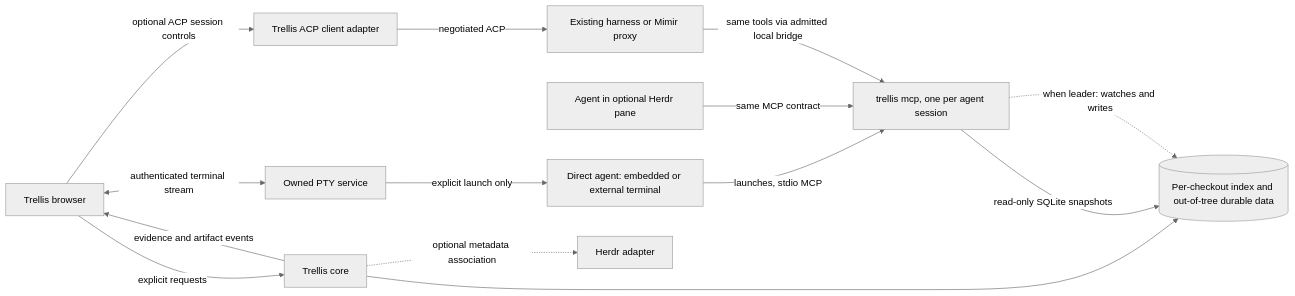
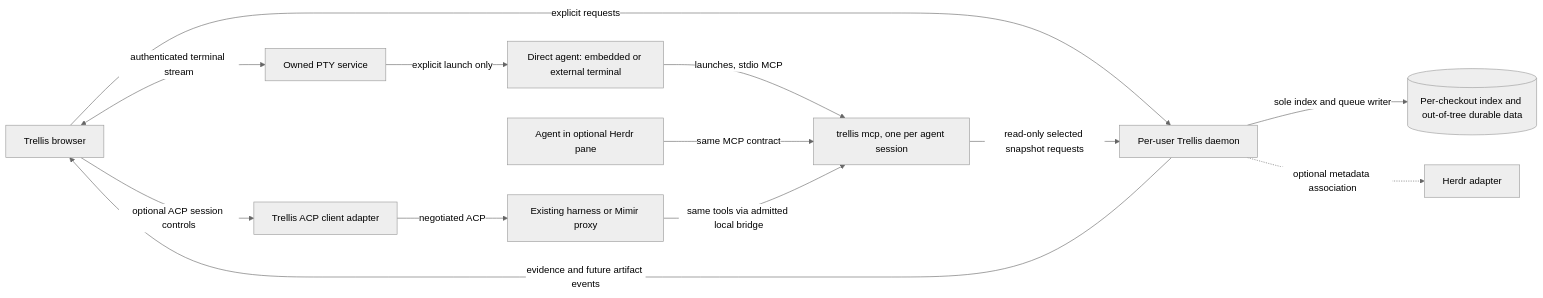
Before and after one commit to SquashMerge/trellis: the diagram in SPEC.md, drawn with Mermaid (neutral theme). The commit also changed other lines of this file and 3 other files, not shown here.

````diff
--- a/SPEC.md
+++ b/SPEC.md
@@ -232,16 +232,15 @@
 ```mermaid
 flowchart LR
-  UI[Trellis browser] -->|explicit requests| CORE[Trellis core]
-  CORE -->|evidence and artifact events| UI
-  CORE --> M[(Per-checkout index and out-of-tree durable data)]
+  UI[Trellis browser] -->|explicit requests| CORE[Per-user Trellis daemon]
+  CORE -->|evidence and future artifact events| UI
+  CORE -->|sole index and queue writer| M[(Per-checkout index and out-of-tree durable data)]
   DIRECT[Direct agent: embedded or external terminal] -->|launches, stdio MCP| MCP[trellis mcp, one per agent session]
   UI <-->|authenticated terminal stream| PTY[Owned PTY service]
   PTY -->|explicit launch only| DIRECT
   HERDR[Agent in optional Herdr pane] -->|same MCP contract| MCP
   UI -->|optional ACP session controls| ACP[Trellis ACP client adapter]
   ACP -->|negotiated ACP| HARNESS[Existing harness or Mimir proxy]
   HARNESS -->|same tools via admitted local bridge| MCP
-  MCP -->|read-only SQLite snapshots| M
-  MCP -. when leader: watches and writes .-> M
+  MCP -->|read-only selected snapshot requests| CORE
   CORE -. optional metadata association .-> HM[Herdr adapter]
 ```
````
